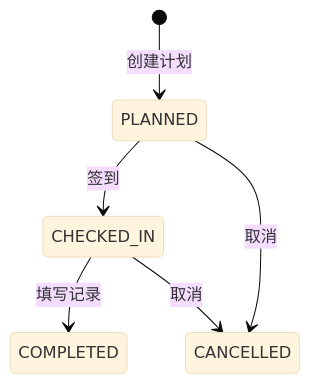
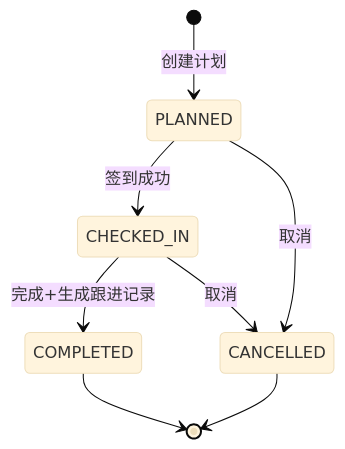
One commit to lophyJessica/forge-crm changed the second of 2 diagrams in prd-docs/拜访计划/拜访计划主PRD.md. Above: the diagram before and after it, drawn with Mermaid (base theme). The commit also changed other lines of this file and 24 other files, not shown here.

````diff
--- a/prd-docs/拜访计划/拜访计划主PRD.md
+++ b/prd-docs/拜访计划/拜访计划主PRD.md
@@ -46,8 +219,10 @@
 ```mermaid
 stateDiagram-v2
     [*] --> PLANNED : 创建计划
-    PLANNED --> CHECKED_IN : 签到
-    CHECKED_IN --> COMPLETED : 填写记录
+    PLANNED --> CHECKED_IN : 签到成功
+    CHECKED_IN --> COMPLETED : 完成+生成跟进记录
     PLANNED --> CANCELLED : 取消
     CHECKED_IN --> CANCELLED : 取消
+    COMPLETED --> [*]
+    CANCELLED --> [*]
 ```
````
